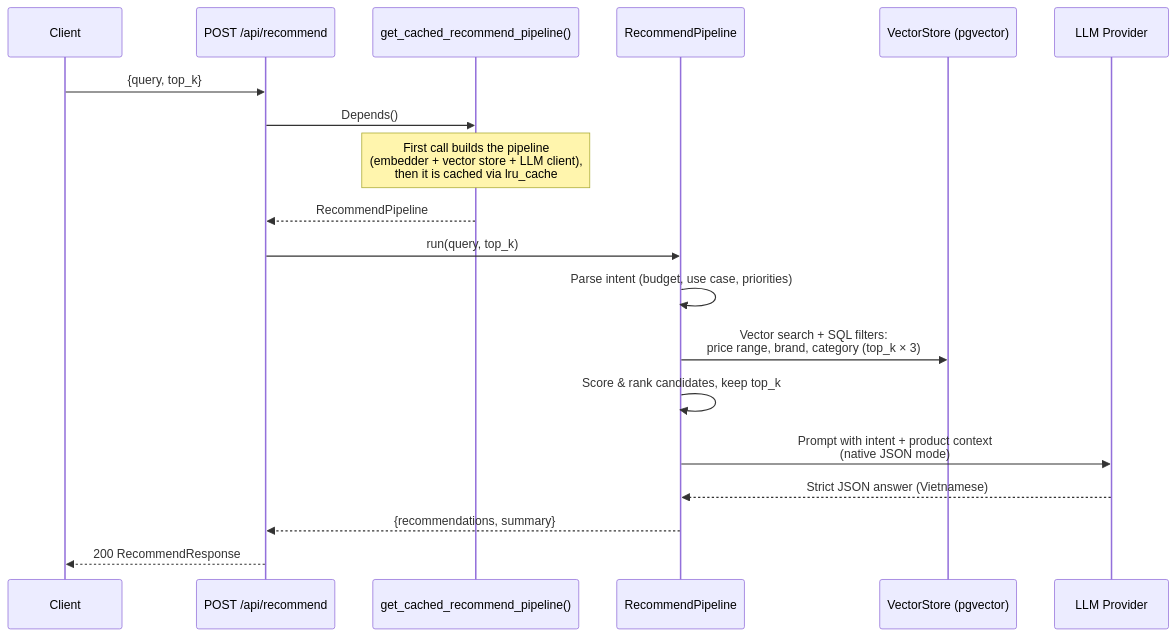
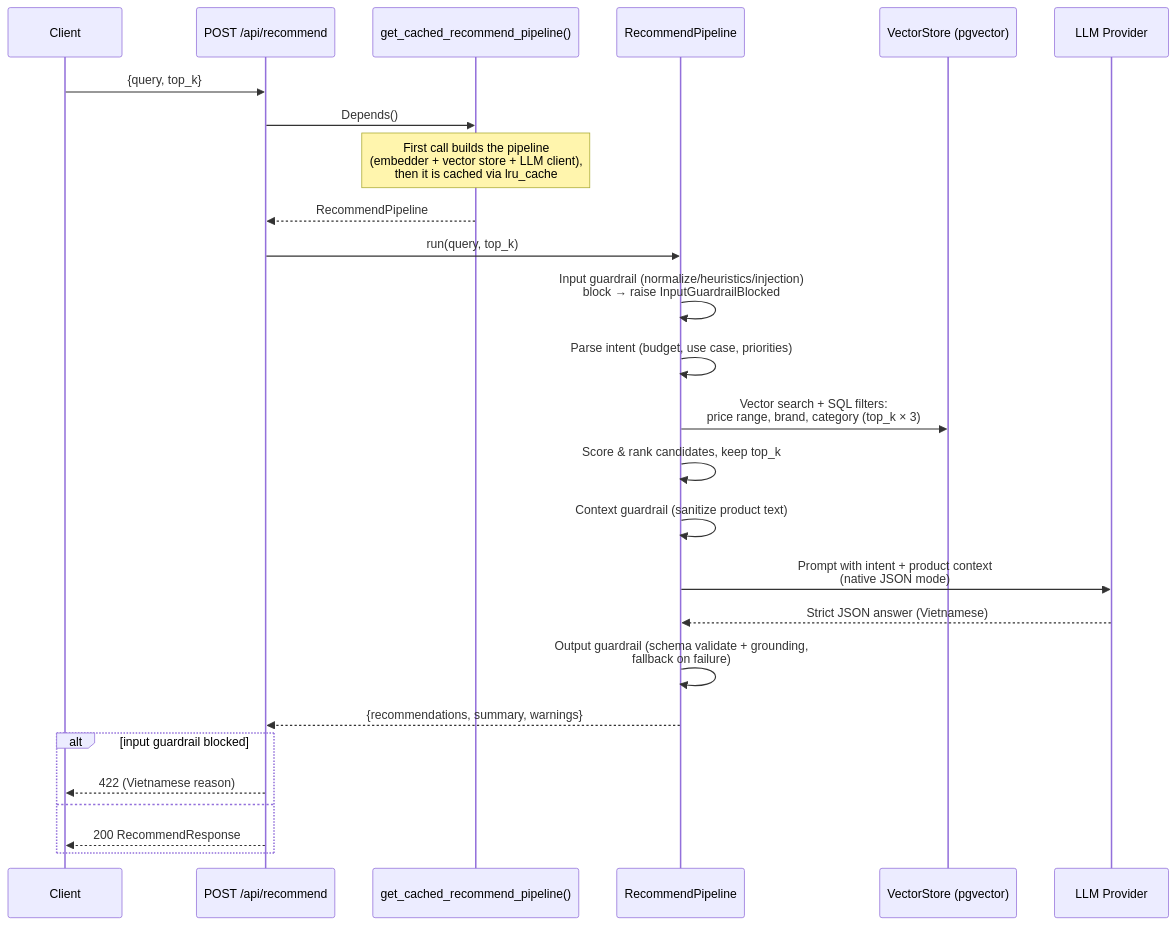
The diagram in docs/api/endpoints.md (nxhawk/techscout-rag-recommend), drawn with Mermaid before and after one commit. The commit also changed other lines of this file and 72 other files, not shown here.

````diff
--- a/docs/api/endpoints.md
+++ b/docs/api/endpoints.md
@@ -92,22 +103,29 @@
 ```mermaid
 sequenceDiagram
     participant C as Client
     participant A as POST /api/recommend
     participant D as get_cached_recommend_pipeline()
     participant P as RecommendPipeline
     participant V as VectorStore (pgvector)
     participant L as LLM Provider
 
     C->>A: {query, top_k}
     A->>D: Depends()
     Note over D: First call builds the pipeline<br/>(embedder + vector store + LLM client),<br/>then it is cached via lru_cache
     D-->>A: RecommendPipeline
     A->>P: run(query, top_k)
+    P->>P: Input guardrail (normalize/heuristics/injection)<br/>block → raise InputGuardrailBlocked
     P->>P: Parse intent (budget, use case, priorities)
     P->>V: Vector search + SQL filters:<br/>price range, brand, category (top_k × 3)
     P->>P: Score & rank candidates, keep top_k
+    P->>P: Context guardrail (sanitize product text)
     P->>L: Prompt with intent + product context<br/>(native JSON mode)
     L-->>P: Strict JSON answer (Vietnamese)
-    P-->>A: {recommendations, summary}
-    A-->>C: 200 RecommendResponse
+    P->>P: Output guardrail (schema validate + grounding,<br/>fallback on failure)
+    P-->>A: {recommendations, summary, warnings}
+    alt input guardrail blocked
+        A-->>C: 422 (Vietnamese reason)
+    else
+        A-->>C: 200 RecommendResponse
+    end
 ```
````
